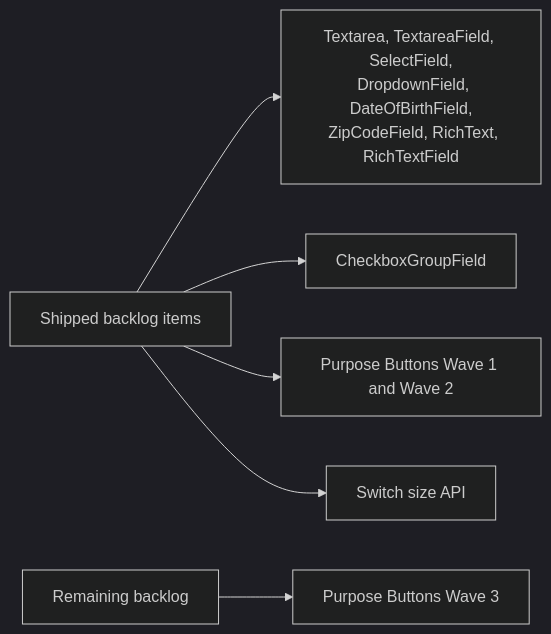
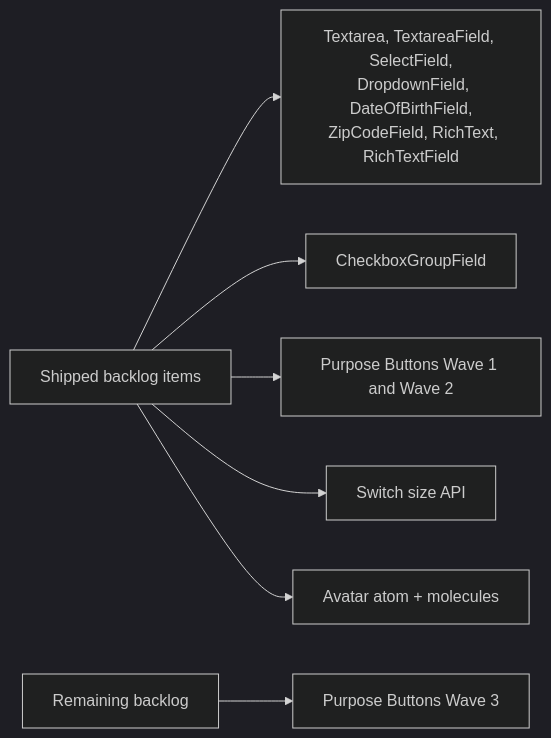
Before and after one commit to niklas-westman/marwes: the first of 2 diagrams in docs/planning/component-backlog.md, drawn with Mermaid (dark theme). The commit also changed other lines of this file and 56 other files, not shown here.

````diff
--- a/docs/planning/component-backlog.md
+++ b/docs/planning/component-backlog.md
@@ -9,14 +9,15 @@
 ```mermaid
 flowchart LR
   Done[Shipped backlog items]
   Remaining[Remaining backlog]
 
   Done --> Inputs[Textarea, TextareaField, SelectField,
   DropdownField, DateOfBirthField,
   ZipCodeField, RichText, RichTextField]
   Done --> Fields[CheckboxGroupField]
   Done --> Buttons[Purpose Buttons Wave 1 and Wave 2]
   Done --> Switches[Switch size API]
+  Done --> Avatar[Avatar atom + molecules]
 
   Remaining --> Wave3[Purpose Buttons Wave 3]
 ```
````
